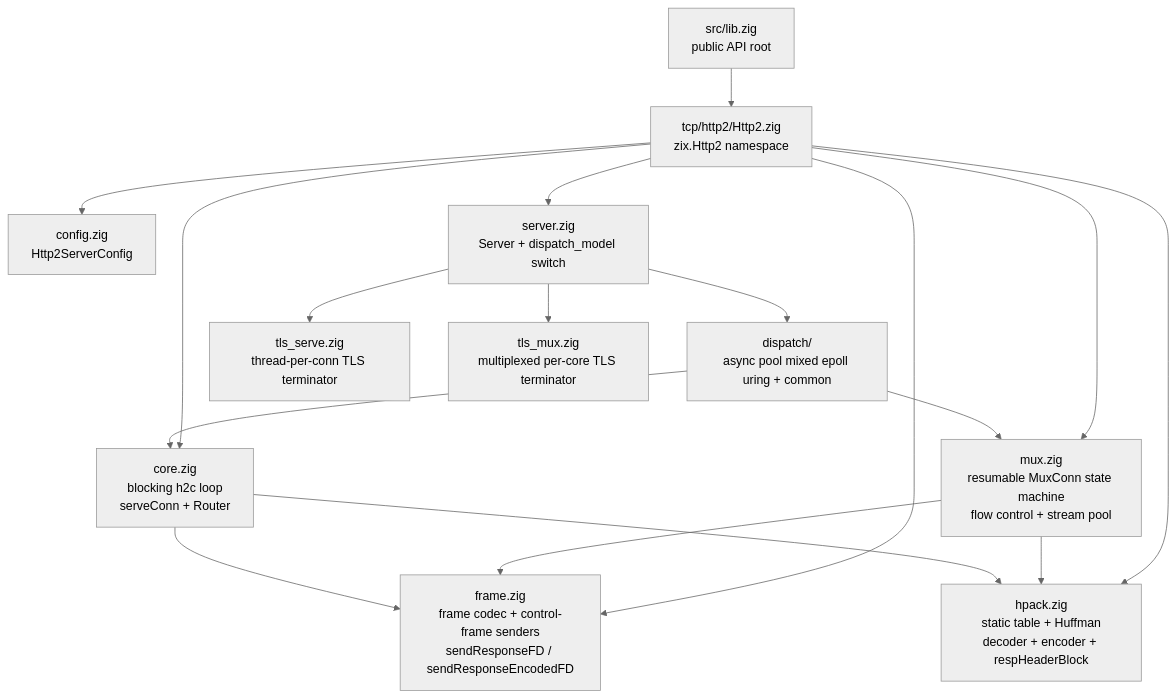
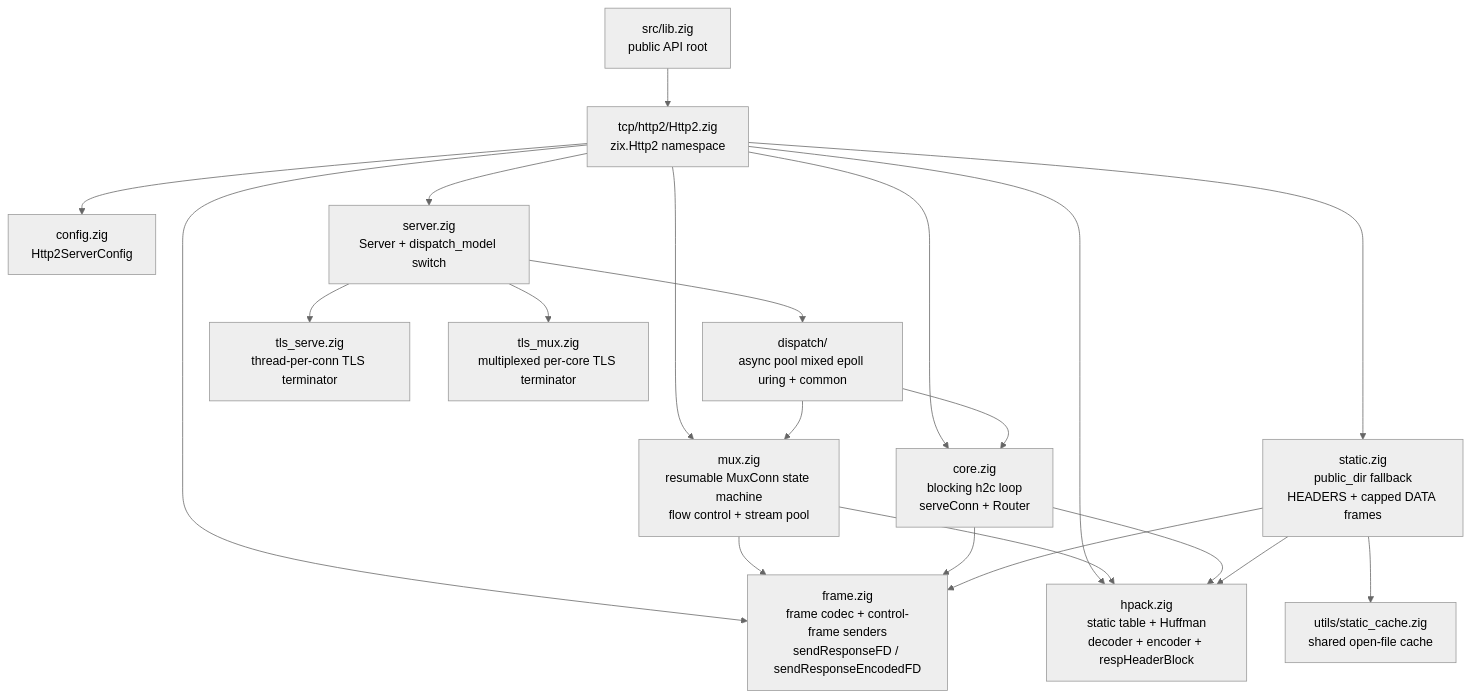
One commit to prothegee/zix changed the third of 5 diagrams in docs/hld-http2-en.md. Above: the diagram before and after it, drawn with Mermaid (neutral theme). The commit also changed other lines of this file and 3 other files, not shown here.

Commit message:
document http2 static serving

````diff
--- a/docs/hld-http2-en.md
+++ b/docs/hld-http2-en.md
@@ -97,22 +97,26 @@
 ```mermaid
 graph TD
     zix["src/lib.zig\npublic API root"] --> Http2["tcp/http2/Http2.zig\nzix.Http2 namespace"]
 
     Http2 --> core["core.zig\nblocking h2c loop\nserveConn + Router"]
     Http2 --> mux["mux.zig\nresumable MuxConn state machine\nflow control + stream pool"]
     Http2 --> frame["frame.zig\nframe codec + control-frame senders\nsendResponseFD / sendResponseEncodedFD"]
     Http2 --> hpack["hpack.zig\nstatic table + Huffman\ndecoder + encoder + respHeaderBlock"]
     Http2 --> config["config.zig\nHttp2ServerConfig"]
     Http2 --> server["server.zig\nServer + dispatch_model switch"]
+    Http2 --> static["static.zig\npublic_dir fallback\nHEADERS + capped DATA frames"]
 
     server --> dispatch["dispatch/\nasync pool mixed epoll uring + common"]
     server --> tls_serve["tls_serve.zig\nthread-per-conn TLS terminator"]
     server --> tls_mux["tls_mux.zig\nmultiplexed per-core TLS terminator"]
 
     dispatch --> core
     dispatch --> mux
     mux --> frame
     mux --> hpack
     core --> frame
     core --> hpack
+    static --> frame
+    static --> hpack
+    static --> static_cache["utils/static_cache.zig\nshared open-file cache"]
 ```
````
